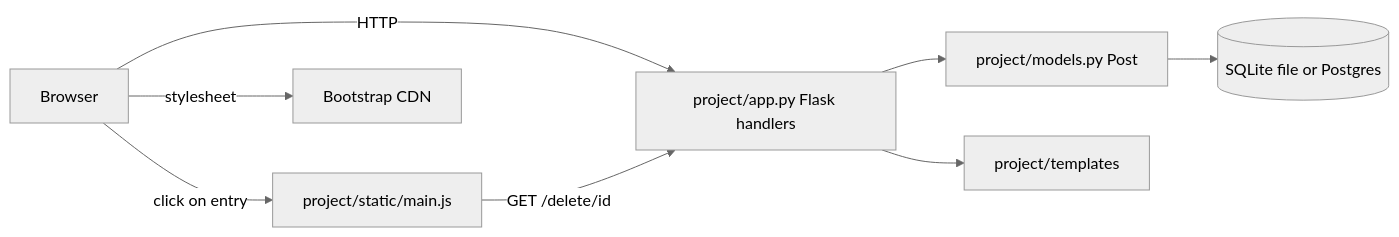
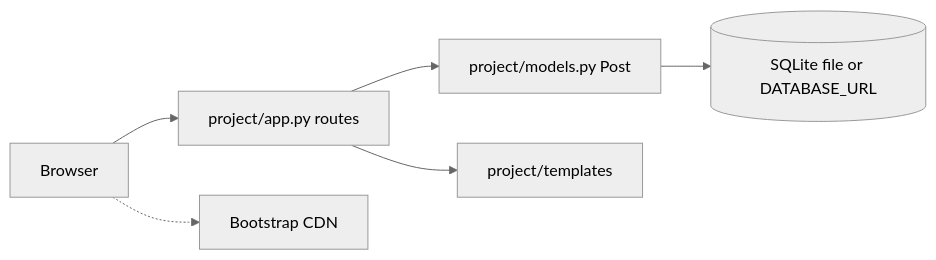
Before and after one commit to HeWhoRoams/AppDoc: the first of 3 diagrams in examples/current/flaskr-tdd/application-documentation.md, drawn with Mermaid (neutral theme). The commit also changed other lines of this file and 64 other files, not shown here.

````diff
--- a/examples/current/flaskr-tdd/application-documentation.md
+++ b/examples/current/flaskr-tdd/application-documentation.md
@@ -67,10 +65,8 @@
 ```mermaid
 flowchart LR
-  B[Browser] -->|HTTP| A["project/app.py Flask handlers"]
-  A --> M["project/models.py Post"]
-  M --> D[("SQLite file or Postgres")]
-  A --> T["project/templates"]
-  B -->|click on entry| J["project/static/main.js"]
-  J -->|GET /delete/id| A
-  B -->|stylesheet| C["Bootstrap CDN"]
+  Browser --> App["project/app.py routes"]
+  App --> Models["project/models.py Post"]
+  Models --> DB[("SQLite file or DATABASE_URL")]
+  App --> Templates["project/templates"]
+  Browser -.-> CDN["Bootstrap CDN"]
 ```
````
